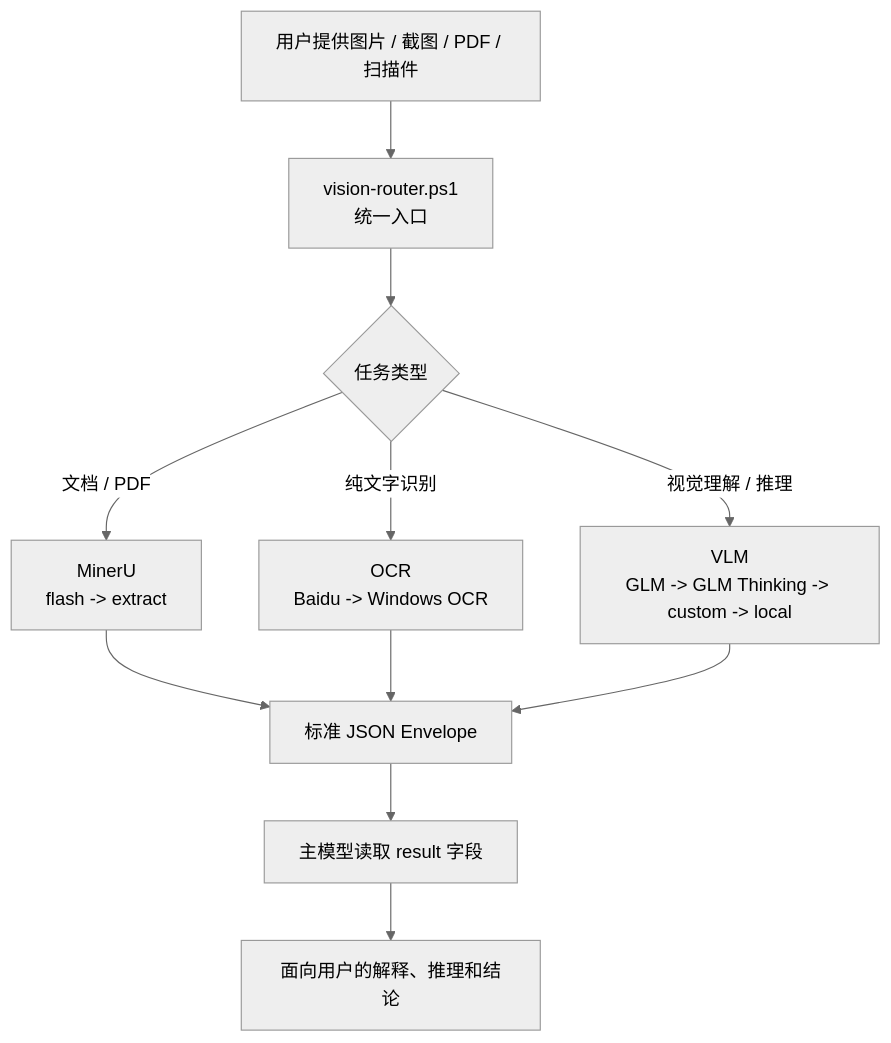
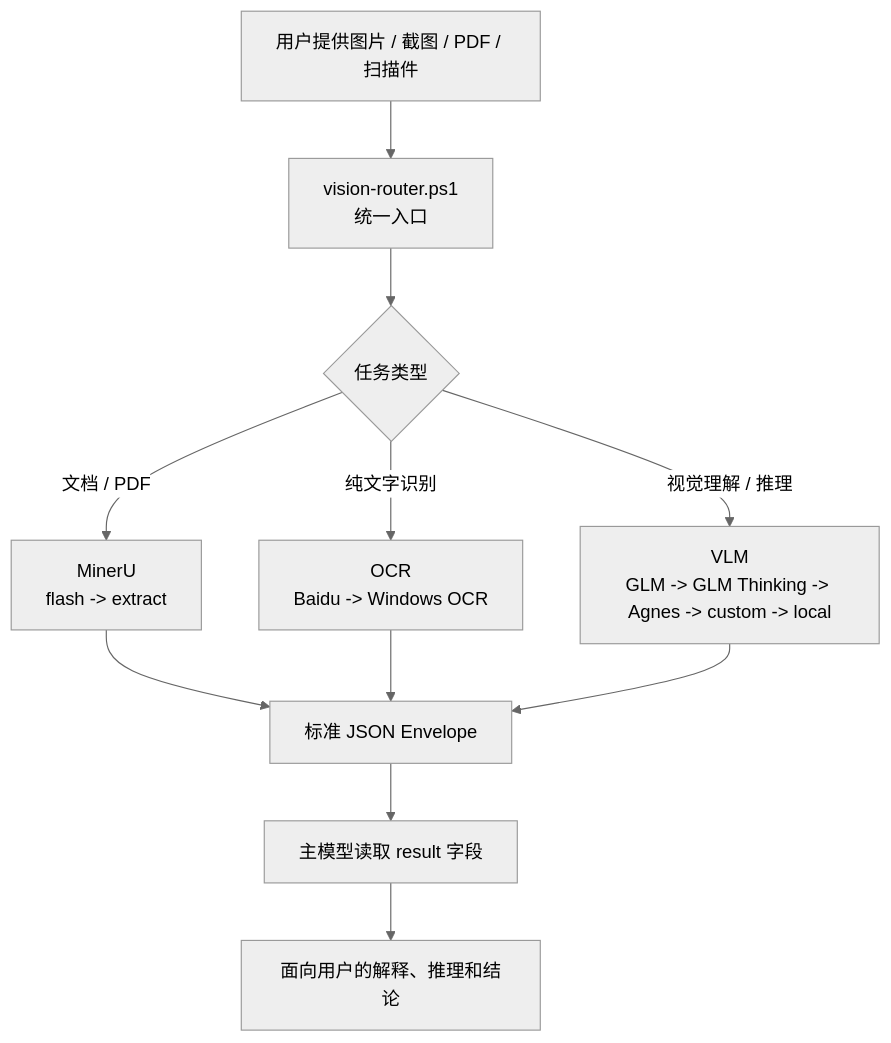
Before and after one commit to Sorwcyra/ds-vision-skill: the diagram in README.md, drawn with Mermaid (neutral theme). The commit also changed other lines of this file and 8 other files, not shown here.

````diff
--- a/README.md
+++ b/README.md
@@ -14,13 +14,13 @@
 ```mermaid
 flowchart TD
     A["用户提供图片 / 截图 / PDF / 扫描件"] --> B["vision-router.ps1<br/>统一入口"]
     B --> C{"任务类型"}
     C -->|文档 / PDF| D["MinerU<br/>flash -> extract"]
     C -->|纯文字识别| E["OCR<br/>Baidu -> Windows OCR"]
-    C -->|视觉理解 / 推理| F["VLM<br/>GLM -> GLM Thinking -> custom -> local"]
+    C -->|视觉理解 / 推理| F["VLM<br/>GLM -> GLM Thinking -> Agnes -> custom -> local"]
     D --> G["标准 JSON Envelope"]
     E --> G
     F --> G
     G --> H["主模型读取 result 字段"]
     H --> I["面向用户的解释、推理和结论"]
 ```
````
